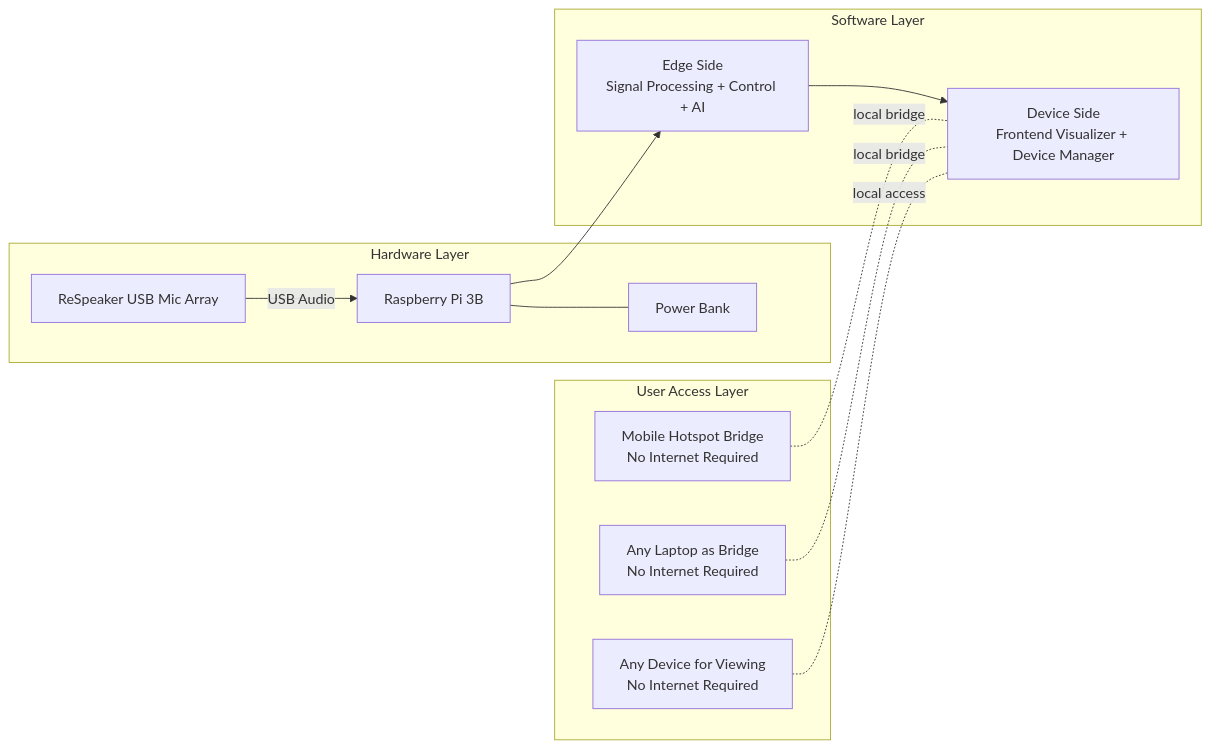
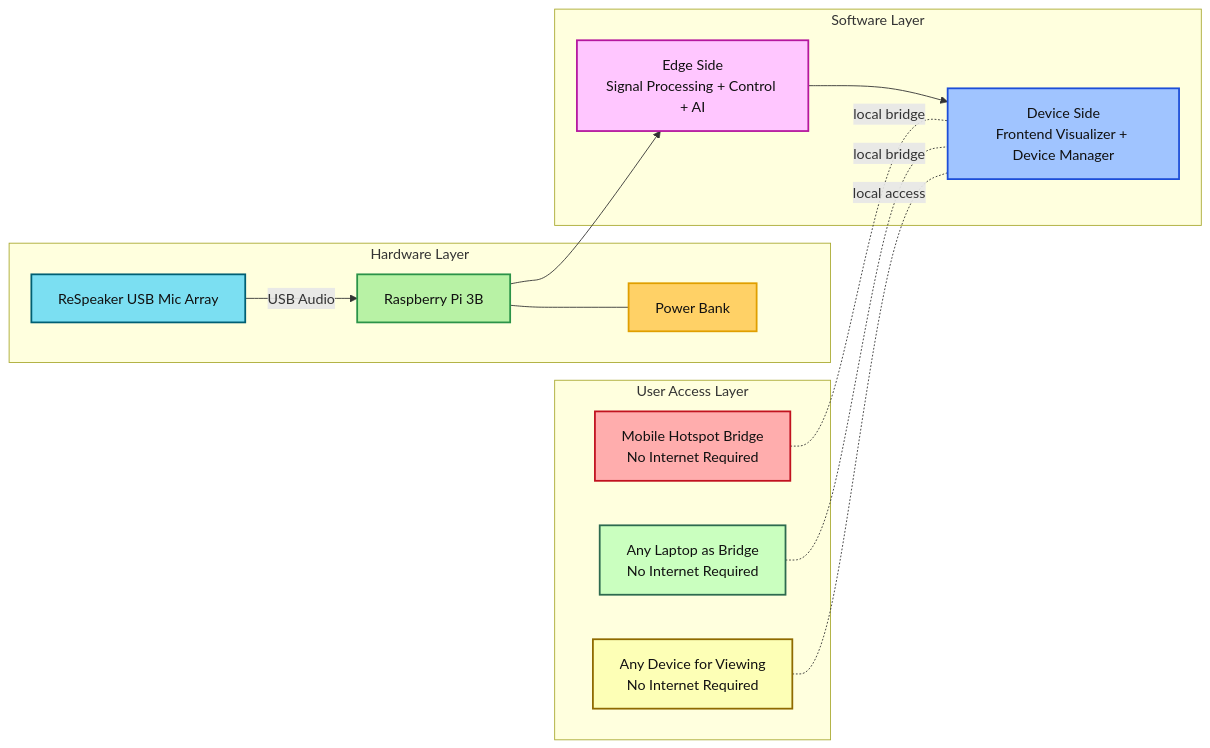
Before and after one commit to anamtya-tech/SonicWild_SpatialyAwareAcoustics: the first of 2 diagrams in blue print/SonicWild_High_Level_Architecture.md, drawn with Mermaid. The commit also changed other lines of this file, not shown here.

Commit message:
Restore stable layout, brighten diagrams, and adjust image-2 arrows

````diff
--- a/blue print/SonicWild_High_Level_Architecture.md
+++ b/blue print/SonicWild_High_Level_Architecture.md
@@ -9,27 +9,36 @@
 ```mermaid
 flowchart LR
     subgraph HW[Hardware Layer]
         MIC[ReSpeaker USB Mic Array]
         RPI[Raspberry Pi 3B]
         PWR[Power Bank]
         MIC -->|USB Audio| RPI
         RPI --- PWR
     end
 
     subgraph ACCESS[User Access Layer]
         PHONE[Mobile Hotspot Bridge\nNo Internet Required]
         LAPTOP[Any Laptop as Bridge\nNo Internet Required]
         VIEWER[Any Device for Viewing\nNo Internet Required]
     end
 
     subgraph SW[Software Layer]
         EDGE[Edge Side\nSignal Processing + Control + AI]
         DEVICE[Device Side\nFrontend Visualizer + Device Manager]
     end
 
     RPI --> EDGE
     EDGE --> DEVICE
     PHONE -. local bridge .- DEVICE
     LAPTOP -. local bridge .- DEVICE
     VIEWER -. local access .- DEVICE
+
+    style MIC fill:#7bdff2,stroke:#005f73,stroke-width:2px,color:#111111
+    style RPI fill:#b8f2a5,stroke:#2b9348,stroke-width:2px,color:#111111
+    style PWR fill:#ffd166,stroke:#e09f00,stroke-width:2px,color:#111111
+    style EDGE fill:#ffc6ff,stroke:#b5179e,stroke-width:2px,color:#111111
+    style DEVICE fill:#a0c4ff,stroke:#1d4ed8,stroke-width:2px,color:#111111
+    style PHONE fill:#ffadad,stroke:#c1121f,stroke-width:2px,color:#111111
+    style LAPTOP fill:#caffbf,stroke:#2d6a4f,stroke-width:2px,color:#111111
+    style VIEWER fill:#fdffb6,stroke:#8f6a00,stroke-width:2px,color:#111111
 ```
````
